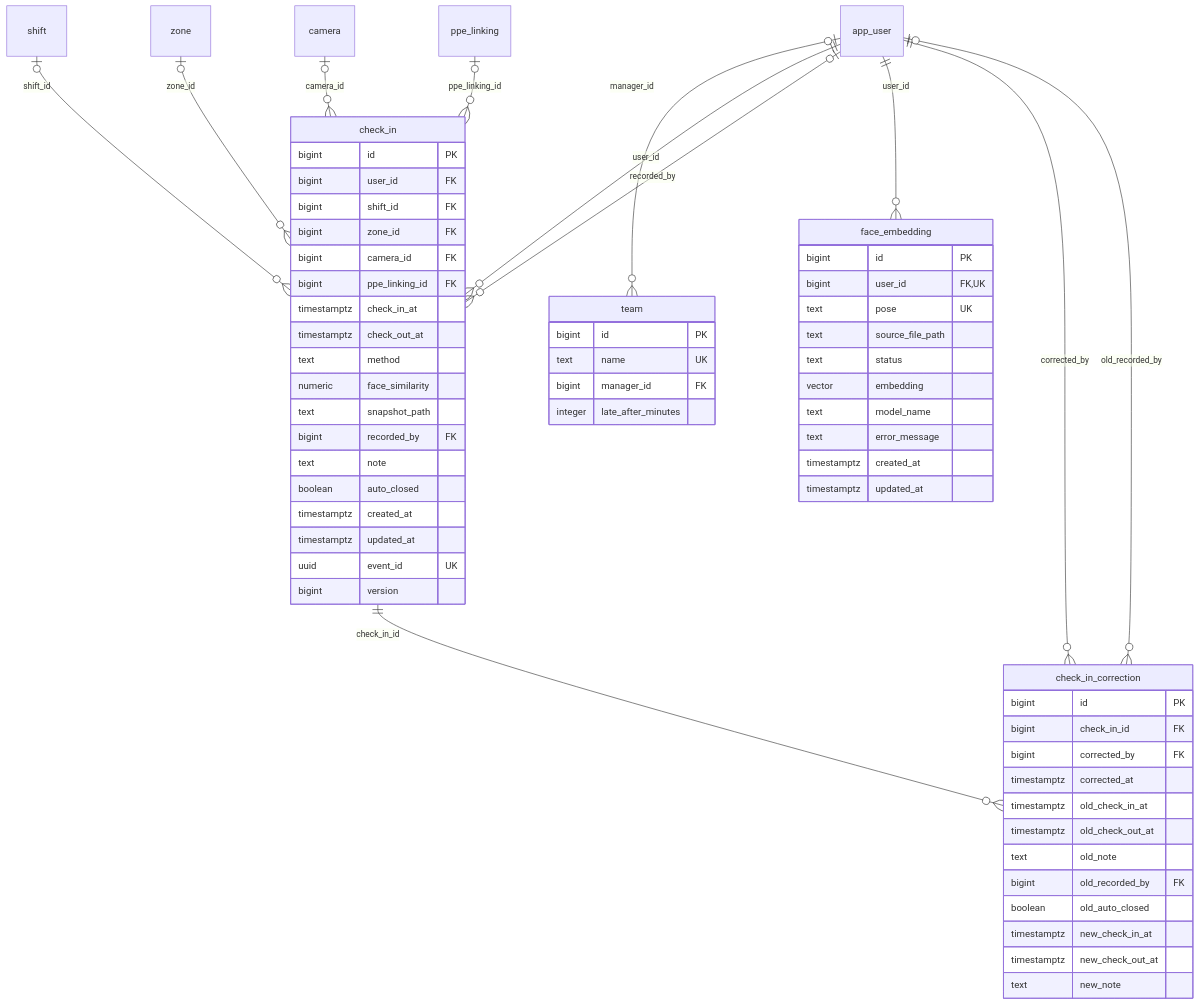
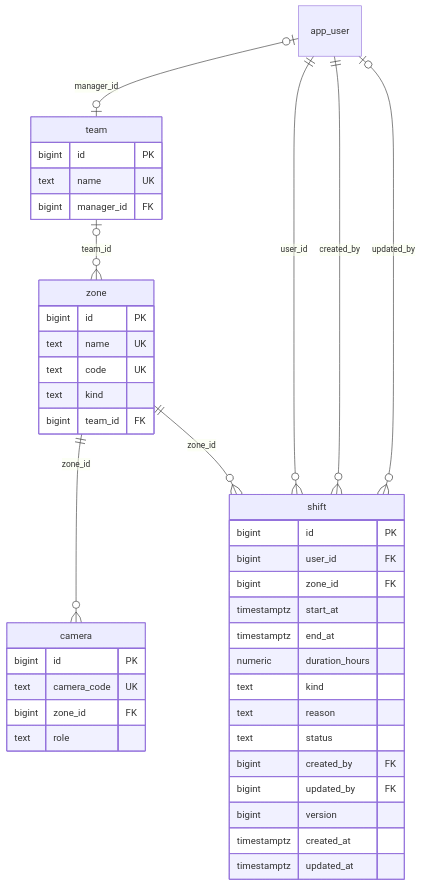
Before and after one commit to OwOchiii/steelsight_erp: the third of 8 diagrams in docs/database-design.md, drawn with Mermaid. The commit also changed other lines of this file and 96 other files, not shown here.

First line of the commit message:
Align ERP schema and design docs with SRS

````diff
--- a/docs/database-design.md
+++ b/docs/database-design.md
@@ -168,66 +202,44 @@
 ```mermaid
 erDiagram
-    app_user |o--o{ team : "manager_id"
-    app_user ||--o{ check_in : "user_id"
-    shift |o--o{ check_in : "shift_id"
-    zone |o--o{ check_in : "zone_id"
-    camera |o--o{ check_in : "camera_id"
-    ppe_linking |o--o{ check_in : "ppe_linking_id"
-    app_user |o--o{ check_in : "recorded_by"
-    app_user ||--o{ face_embedding : "user_id"
-    check_in ||--o{ check_in_correction : "check_in_id"
-    app_user ||--o{ check_in_correction : "corrected_by"
-    app_user |o--o{ check_in_correction : "old_recorded_by"
+    app_user |o--o| team : "manager_id"
+    team |o--o{ zone : "team_id"
+    zone ||--o{ camera : "zone_id"
+    app_user ||--o{ shift : "user_id"
+    zone ||--o{ shift : "zone_id"
+    app_user ||--o{ shift : "created_by"
+    app_user |o--o{ shift : "updated_by"
     team {
         bigint id PK
         text name UK
         bigint manager_id FK
-        integer late_after_minutes
     }
-    check_in {
+    zone {
+        bigint id PK
+        text name UK
+        text code UK
+        text kind
+        bigint team_id FK
+    }
+    camera {
+        bigint id PK
+        text camera_code UK
+        bigint zone_id FK
+        text role
+    }
+    shift {
         bigint id PK
         bigint user_id FK
-        bigint shift_id FK
         bigint zone_id FK
-        bigint camera_id FK
-        bigint ppe_linking_id FK
-        timestamptz check_in_at
-        timestamptz check_out_at
-        text method
-        numeric face_similarity
-        text snapshot_path
-        bigint recorded_by FK
-        text note
-        boolean auto_closed
-        timestamptz created_at
-        timestamptz updated_at
-        uuid event_id UK
+        timestamptz start_at
+        timestamptz end_at
+        numeric duration_hours
+        text kind
+        text reason
+        text status
+        bigint created_by FK
+        bigint updated_by FK
         bigint version
-    }
-    face_embedding {
-        bigint id PK
-        bigint user_id FK,UK
-        text pose UK
-        text source_file_path
-        text status
-        vector embedding
-        text model_name
-        text error_message
         timestamptz created_at
         timestamptz updated_at
     }
-    check_in_correction {
-        bigint id PK
-        bigint check_in_id FK
-        bigint corrected_by FK
-        timestamptz corrected_at
-        timestamptz old_check_in_at
-        timestamptz old_check_out_at
-        text old_note
-        bigint old_recorded_by FK
-        boolean old_auto_closed
-        timestamptz new_check_in_at
-        timestamptz new_check_out_at
-        text new_note
-    }
 ```
````
